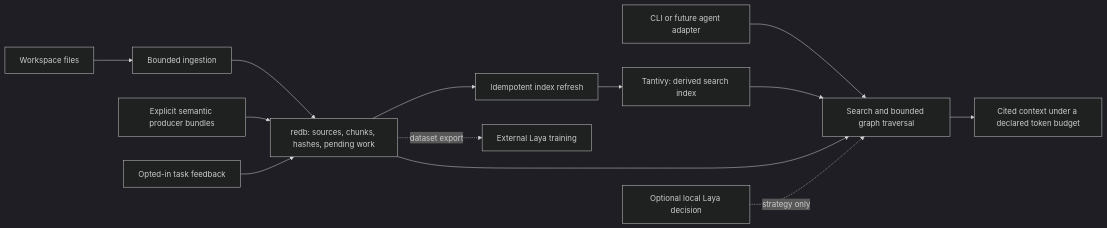
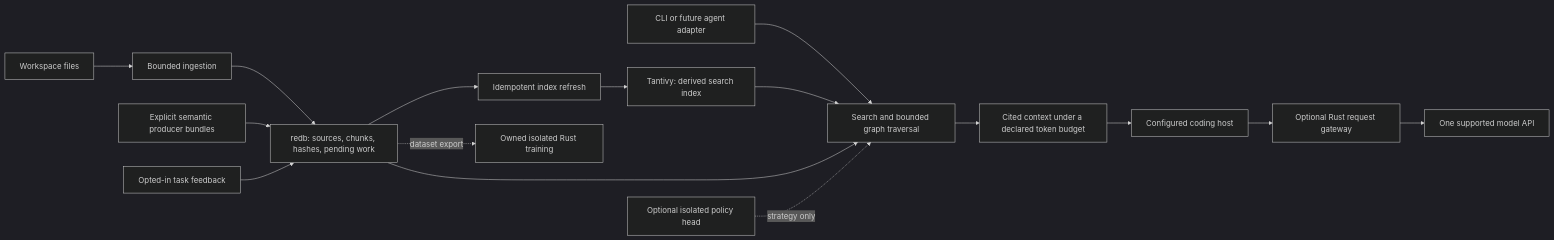
Before and after one commit to dwbimstr/context-foundry: the diagram in docs/architecture.md, drawn with Mermaid (dark theme). The commit also changed other lines of this file and 63 other files, not shown here.

````diff
--- a/docs/architecture.md
+++ b/docs/architecture.md
@@ -41,15 +130,18 @@
 ```mermaid
 flowchart LR
     Files[Workspace files] --> Ingest[Bounded ingestion]
     Ingest --> DB[redb: sources, chunks, hashes, pending work]
     DB --> Indexer[Idempotent index refresh]
     Indexer --> Search[Tantivy: derived search index]
     Providers[Explicit semantic producer bundles] --> DB
     Agent[CLI or future agent adapter] --> Retrieval[Search and bounded graph traversal]
     Search --> Retrieval
     DB --> Retrieval
     Retrieval --> Pack[Cited context under a declared token budget]
-    Laya[Optional local Laya decision] -. strategy only .-> Retrieval
+    Policy[Optional isolated policy head] -. strategy only .-> Retrieval
     Feedback[Opted-in task feedback] --> DB
-    DB -. dataset export .-> Trainer[External Laya training]
+    DB -. dataset export .-> Trainer[Owned isolated Rust training]
+    Pack --> Host[Configured coding host]
+    Host --> Gateway[Optional Rust request gateway]
+    Gateway --> API[One supported model API]
 ```
````
